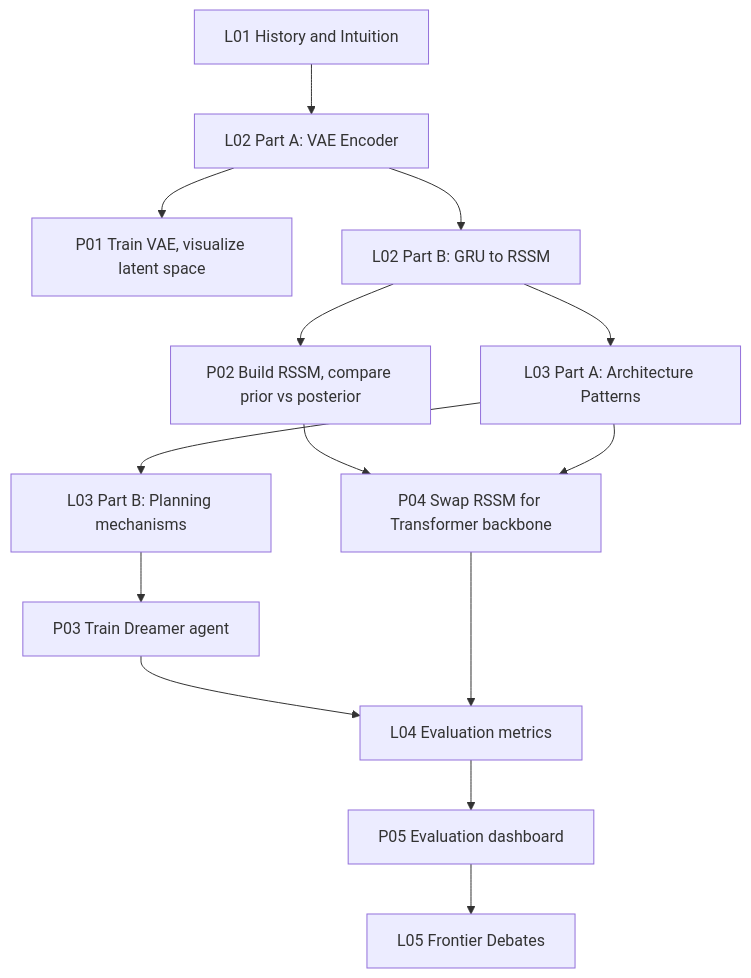
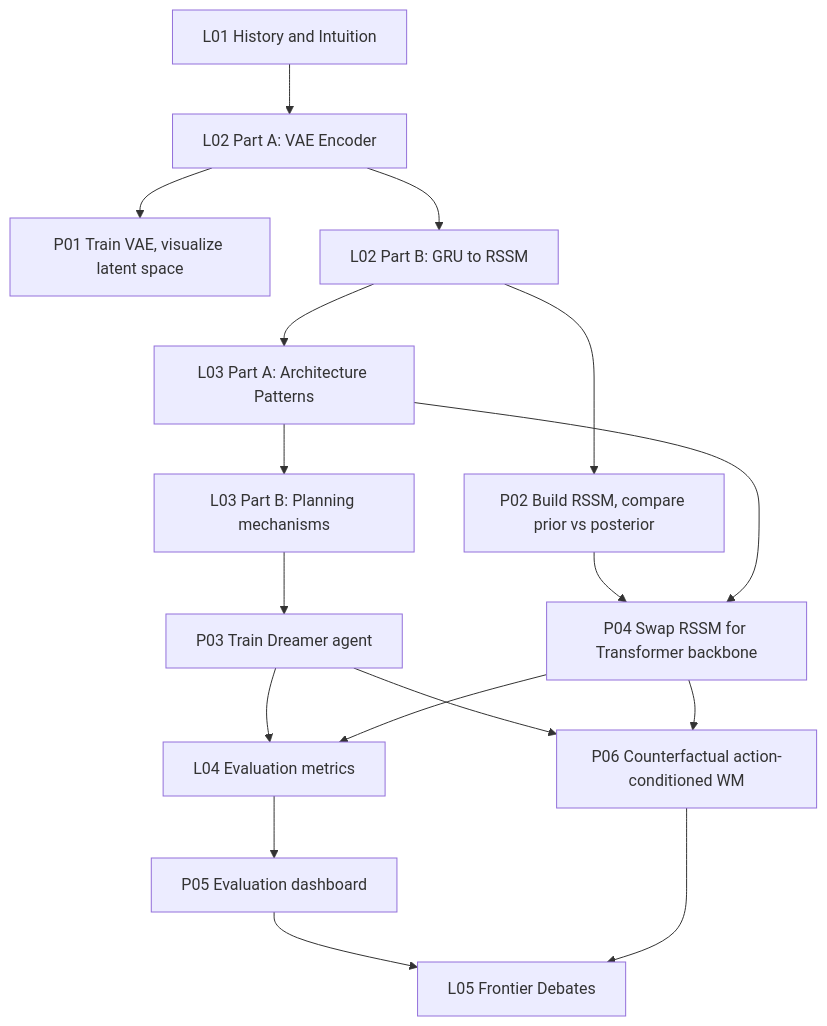
Before and after one commit to datawhalechina/learn-world-model: the diagram in README.md, drawn with Mermaid. The commit also changed other lines of this file and 1 other file, not shown here.

````diff
--- a/README.md
+++ b/README.md
@@ -62,15 +63,17 @@
 ```mermaid
 flowchart TD
     L01["L01 History and Intuition"] --> L02A
     L02A["L02 Part A: VAE Encoder"] --> P01["P01 Train VAE, visualize latent space"]
     L02A --> L02B["L02 Part B: GRU to RSSM"]
     L02B --> P02["P02 Build RSSM, compare prior vs posterior"]
     L02B --> L03A["L03 Part A: Architecture Patterns"]
     L03A --> L03B["L03 Part B: Planning mechanisms"]
     L03B --> P03["P03 Train Dreamer agent"]
     P02 --> P04["P04 Swap RSSM for Transformer backbone"]
     L03A --> P04
     P03 & P04 --> L04["L04 Evaluation metrics"]
     L04 --> P05["P05 Evaluation dashboard"]
+    P03 & P04 --> P06["P06 Counterfactual action-conditioned WM"]
     P05 --> L05["L05 Frontier Debates"]
+    P06 --> L05
 ```
````
